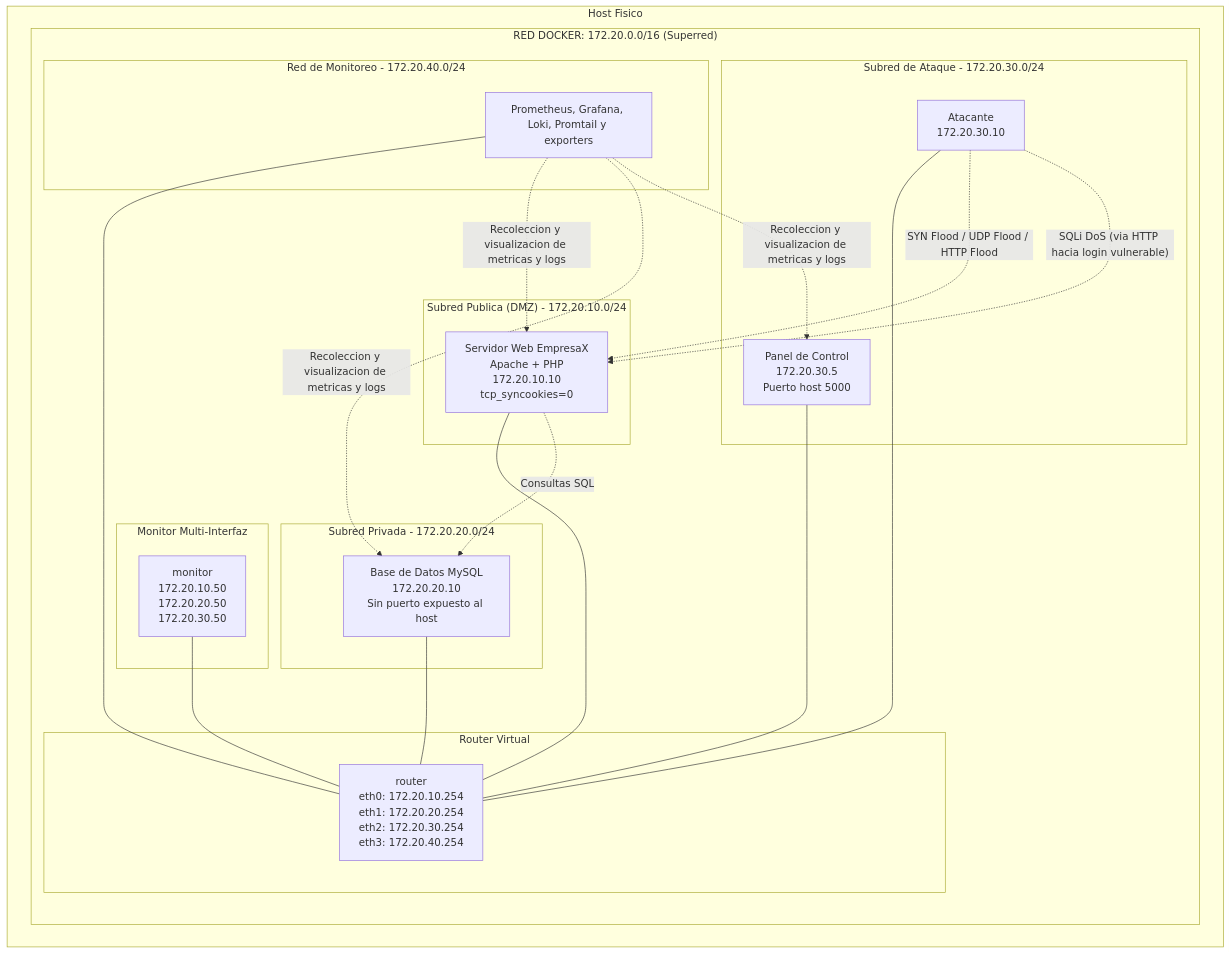
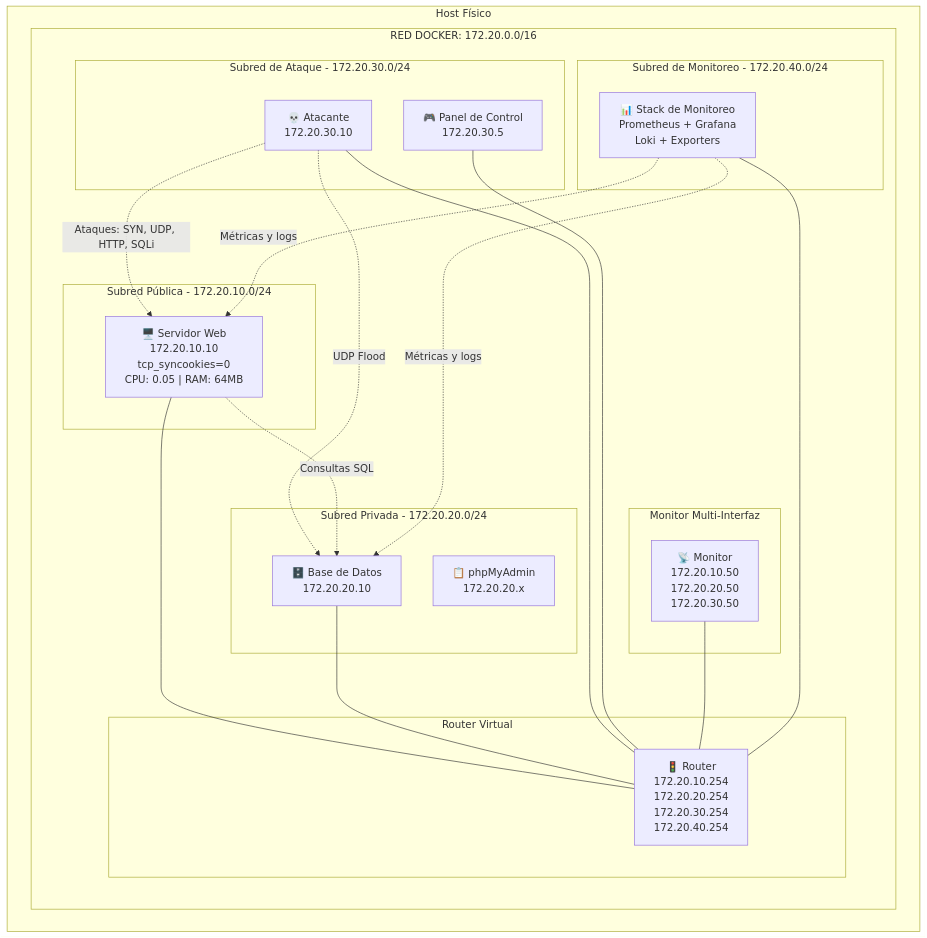
The diagram in README.md (Santiago79/proyecto-redes-usfq), drawn with Mermaid before and after one commit. The commit also changed other lines of this file, not shown here.

````diff
--- a/README.md
+++ b/README.md
@@ -25,45 +17,47 @@
 ```mermaid
 graph TD
-    subgraph "Host Fisico"
-        subgraph "RED DOCKER: 172.20.0.0/16 (Superred)"
-            subgraph "Subred Publica (DMZ) - 172.20.10.0/24"
-                WEB["Servidor Web EmpresaX<br/>Apache + PHP<br/>172.20.10.10<br/>tcp_syncookies=0"]
+    subgraph "Host Físico"
+        subgraph "RED DOCKER: 172.20.0.0/16"
+            
+            subgraph "Subred Pública - 172.20.10.0/24"
+                WEB["🖥️ Servidor Web<br/>172.20.10.10<br/>tcp_syncookies=0<br/>CPU: 0.05 | RAM: 64MB"]
             end
 
             subgraph "Subred Privada - 172.20.20.0/24"
-                DB["Base de Datos MySQL<br/>172.20.20.10<br/>Sin puerto expuesto al host"]
+                DB["🗄️ Base de Datos<br/>172.20.20.10"]
+                PHPMYADMIN["📋 phpMyAdmin<br/>172.20.20.x"]
             end
 
             subgraph "Subred de Ataque - 172.20.30.0/24"
-                ATTACKER["Atacante<br/>172.20.30.10"]
-                PANEL["Panel de Control<br/>172.20.30.5<br/>Puerto host 5000"]
+                ATTACKER["💀 Atacante<br/>172.20.30.10"]
+                PANEL["🎮 Panel de Control<br/>172.20.30.5"]
+            end
+
+            subgraph "Subred de Monitoreo - 172.20.40.0/24"
+                OBS["📊 Stack de Monitoreo<br/>Prometheus + Grafana<br/>Loki + Exporters"]
             end
 
             subgraph "Router Virtual"
-                ROUTER["router<br/>eth0: 172.20.10.254<br/>eth1: 172.20.20.254<br/>eth2: 172.20.30.254<br/>eth3: 172.20.40.254"]
+                ROUTER["🚦 Router<br/>172.20.10.254<br/>172.20.20.254<br/>172.20.30.254<br/>172.20.40.254"]
             end
 
             subgraph "Monitor Multi-Interfaz"
-                MONITOR["monitor<br/>172.20.10.50<br/>172.20.20.50<br/>172.20.30.50"]
+                MONITOR["📡 Monitor<br/>172.20.10.50<br/>172.20.20.50<br/>172.20.30.50"]
             end
 
-            subgraph "Red de Monitoreo - 172.20.40.0/24"
-                OBS["Prometheus, Grafana, Loki, Promtail y exporters"]
-            end
         end
     end
 
     WEB --- ROUTER
     DB --- ROUTER
     ATTACKER --- ROUTER
     PANEL --- ROUTER
     MONITOR --- ROUTER
     OBS --- ROUTER
 
-    ATTACKER -.->|"SYN Flood / UDP Flood / HTTP Flood"| WEB
-    ATTACKER -.->|"SQLi DoS (via HTTP hacia login vulnerable)"| WEB
-    WEB -.->|"Consultas SQL"| DB
-    OBS -.->|"Recoleccion y visualizacion de metricas y logs"| WEB
-    OBS -.->|"Recoleccion y visualizacion de metricas y logs"| DB
-    OBS -.->|"Recoleccion y visualizacion de metricas y logs"| PANEL
+    ATTACKER -.->|Ataques: SYN, UDP, HTTP, SQLi| WEB
+    ATTACKER -.->|UDP Flood| DB
+    WEB -.->|Consultas SQL| DB
+    OBS -.->|Métricas y logs| WEB
+    OBS -.->|Métricas y logs| DB
 ```
````
